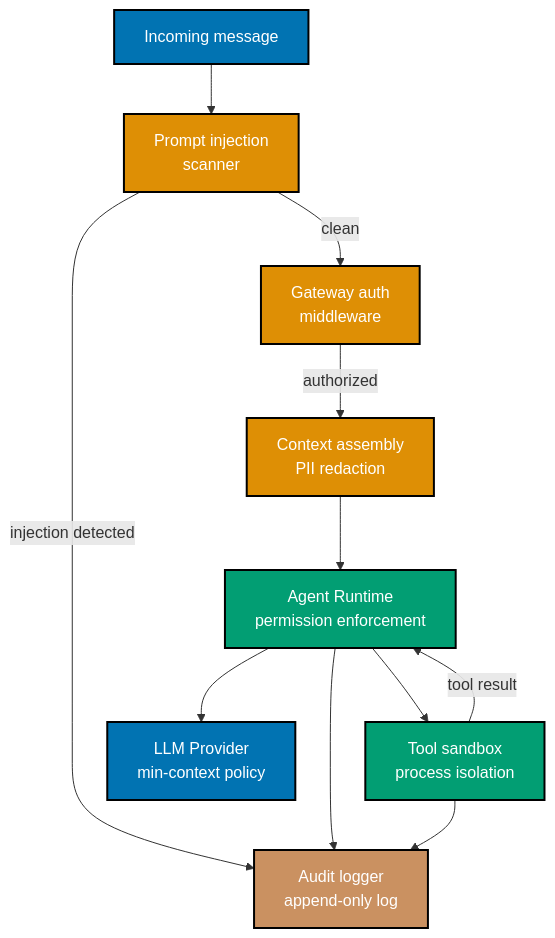
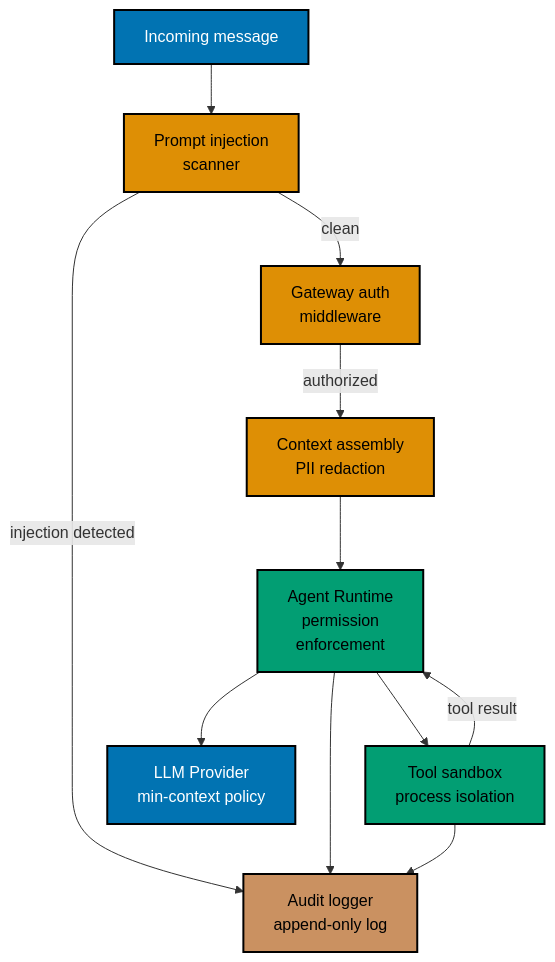
Before and after one commit to wahidyankf/ose-public: the first of 3 diagrams in apps/ayokoding-www/content/en/learn/legacy/artificial-intelligence/tools/openclaw/by-concept/advanced.md, drawn with Mermaid. The commit also changed other lines of this file and 50 other files, not shown here.

First line of the commit message:
fix(mermaid): bring the docs, governance, plans, and legacy AI diagrams onto the accessible palette

````diff
--- a/apps/ayokoding-www/content/en/learn/legacy/artificial-intelligence/tools/openclaw/by-concept/advanced.md
+++ b/apps/ayokoding-www/content/en/learn/legacy/artificial-intelligence/tools/openclaw/by-concept/advanced.md
@@ -279,29 +279,32 @@
 ```mermaid
 %% Color Palette: Blue #0173B2, Orange #DE8F05, Teal #029E73, Purple #CC78BC, Brown #CA9161
 
 graph TD
+    accTitle: 3. Security Hardening
+    accDescr: Graph with 8 nodes and 10 connections. Nodes: Incoming message, Prompt injection scanner, Gateway auth middleware, Context assembly PII redaction, Agent Runtime permission enforcement, Tool sandbox process isolation, Audit logger append-only log, LLM Provider min-context policy. Connections: Incoming message to Prompt injection scanner, Prompt injection scanner to Gateway auth middleware (clean), Prompt injection scanner to Audit logger append-only log (injection detected), Gateway auth middleware to Context assembly PII redaction (authorized), Context assembly PII redaction to Agent Runtime permission enforcement, Agent Runtime permission enforcement to Tool sandbox process isolation, Tool sandbox process isolation to Agent Runtime permission enforcement (tool result), Agent Runtime permission enforcement to LLM Provider min-context policy, Agent Runtime permission enforcement to Audit logger append-only log, Tool sandbox process isolation to Audit logger append-only log.
     MSG["Incoming message"]:::blue
     PIX["Prompt injection<br/>scanner"]:::orange
     GW["Gateway auth<br/>middleware"]:::orange
     CTX["Context assembly<br/>PII redaction"]:::orange
-    RT["Agent Runtime<br/>permission enforcement"]:::teal
+    RT["Agent Runtime<br/>permission<br/>enforcement"]:::teal
     SBX["Tool sandbox<br/>process isolation"]:::teal
     AUD["Audit logger<br/>append-only log"]:::brown
     LLM["LLM Provider<br/>min-context policy"]:::blue
 
     MSG --> PIX
     PIX -->|"clean"| GW
     PIX -->|"injection detected"| AUD
     GW -->|"authorized"| CTX
     CTX --> RT
     RT --> SBX
     SBX -->|"tool result"| RT
     RT --> LLM
     RT --> AUD
     SBX --> AUD
 
     classDef blue fill:#0173B2,stroke:#000000,color:#FFFFFF,stroke-width:2px
-    classDef orange fill:#DE8F05,stroke:#000000,color:#FFFFFF,stroke-width:2px
-    classDef teal fill:#029E73,stroke:#000000,color:#FFFFFF,stroke-width:2px
-    classDef brown fill:#CA9161,stroke:#000000,color:#FFFFFF,stroke-width:2px
+    classDef orange fill:#DE8F05,stroke:#000000,color:#000000,stroke-width:2px
+    classDef teal fill:#029E73,stroke:#000000,color:#000000,stroke-width:2px
+    classDef brown fill:#CA9161,stroke:#000000,color:#000000,stroke-width:2px
+    classDef default fill:#FFFFFF,stroke:#000000,color:#000000
 ```
````
